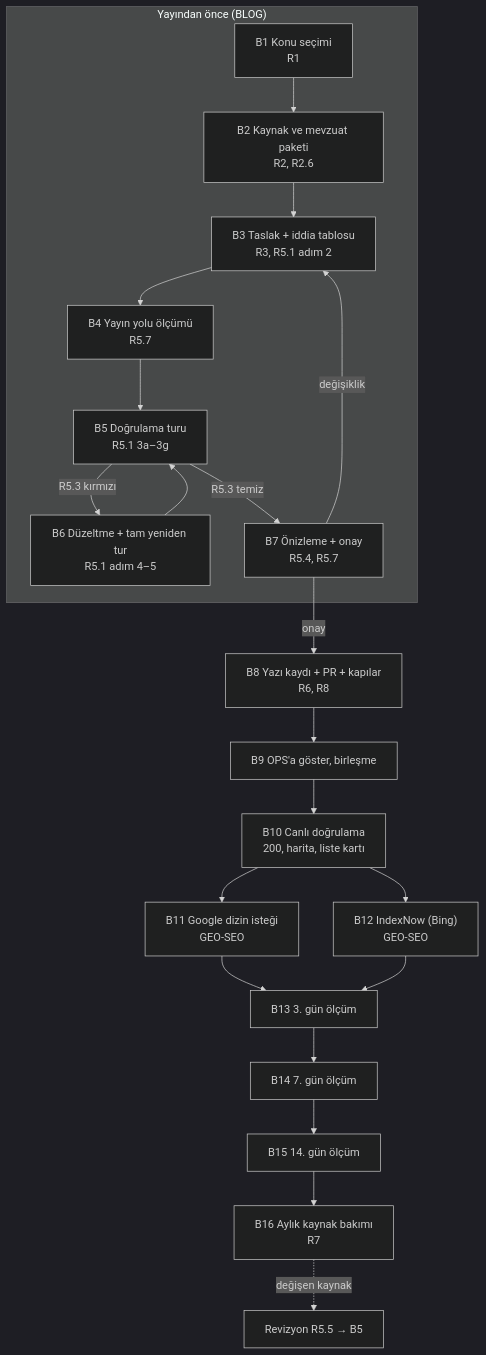
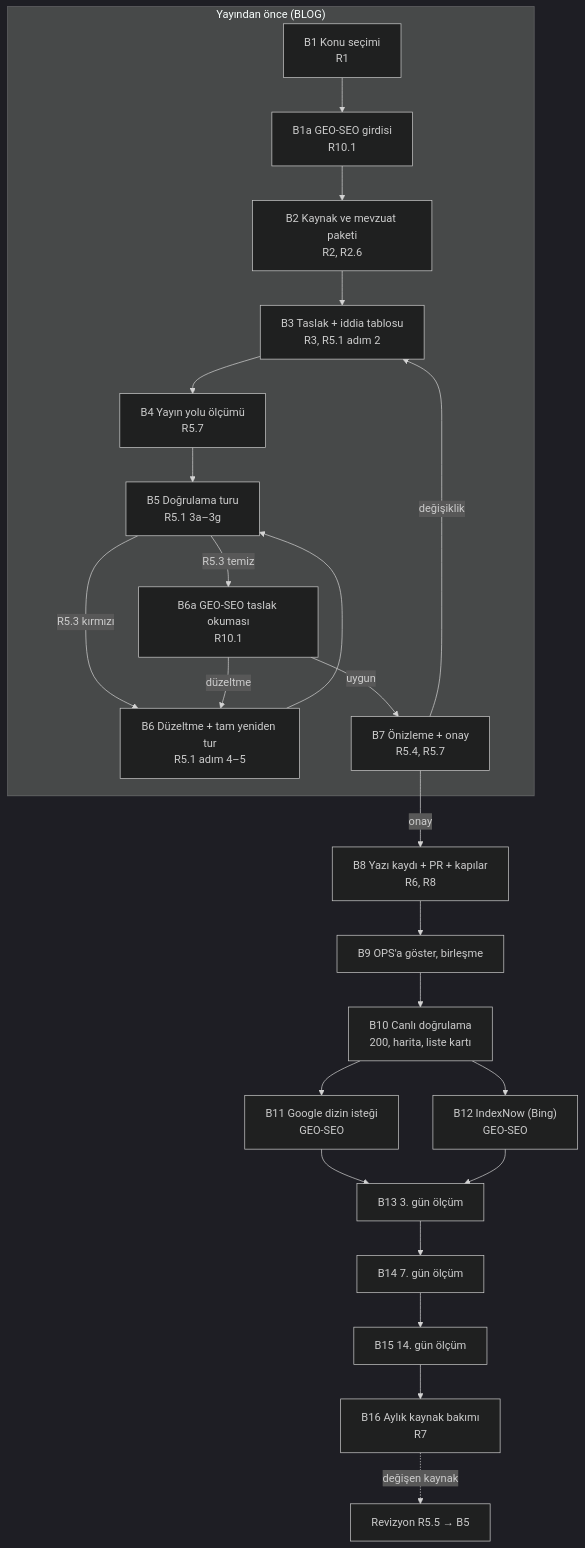
One commit to peckop/venthub-hvac-esite changed the diagram in docs/standards/rehber-yazisi-standard.md. Above: the diagram before and after it, drawn with Mermaid (dark theme). The commit also changed other lines of this file, not shown here.

First line of the commit message:
docs(rehber): cetvel v0.13: R10'a GEO-SEO yazim oncesi iki basamak (BLG-34, OPS-215)

````diff
--- a/docs/standards/rehber-yazisi-standard.md
+++ b/docs/standards/rehber-yazisi-standard.md
@@ -639,24 +647,27 @@
 ```mermaid
 flowchart TD
   subgraph ONCE["Yayından önce (BLOG)"]
-    B1["B1 Konu seçimi<br/>R1"] --> B2["B2 Kaynak ve mevzuat paketi<br/>R2, R2.6"]
+    B1["B1 Konu seçimi<br/>R1"] --> B1a["B1a GEO-SEO girdisi<br/>R10.1"]
+    B1a --> B2["B2 Kaynak ve mevzuat paketi<br/>R2, R2.6"]
     B2 --> B3["B3 Taslak + iddia tablosu<br/>R3, R5.1 adım 2"]
     B3 --> B4["B4 Yayın yolu ölçümü<br/>R5.7"]
     B4 --> B5["B5 Doğrulama turu<br/>R5.1 3a–3g"]
     B5 -->|"R5.3 kırmızı"| B6["B6 Düzeltme + tam yeniden tur<br/>R5.1 adım 4–5"]
     B6 --> B5
-    B5 -->|"R5.3 temiz"| B7["B7 Önizleme + onay<br/>R5.4, R5.7"]
+    B5 -->|"R5.3 temiz"| B6a["B6a GEO-SEO taslak okuması<br/>R10.1"]
+    B6a -->|"uygun"| B7["B7 Önizleme + onay<br/>R5.4, R5.7"]
+    B6a -->|"düzeltme"| B6
   end
   B7 -->|"onay"| B8["B8 Yazı kaydı + PR + kapılar<br/>R6, R8"]
   B7 -->|"değişiklik"| B3
   B8 --> B9["B9 OPS'a göster, birleşme"]
   B9 --> B10["B10 Canlı doğrulama<br/>200, harita, liste kartı"]
   B10 --> B11["B11 Google dizin isteği<br/>GEO-SEO"]
   B10 --> B12["B12 IndexNow (Bing)<br/>GEO-SEO"]
   B11 --> B13["B13 3. gün ölçüm"]
   B12 --> B13
   B13 --> B14["B14 7. gün ölçüm"]
   B14 --> B15["B15 14. gün ölçüm"]
   B15 --> B16["B16 Aylık kaynak bakımı<br/>R7"]
   B16 -.->|"değişen kaynak"| REV["Revizyon R5.5 → B5"]
 ```
````
